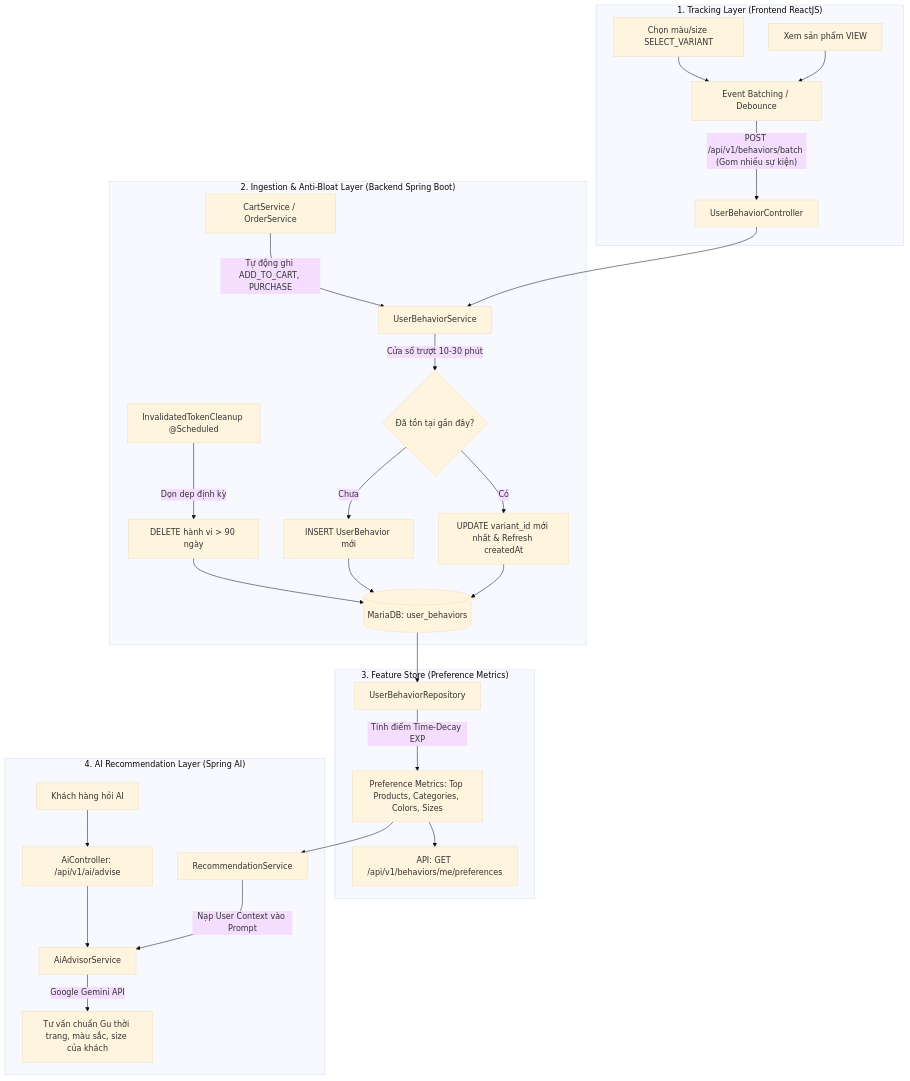
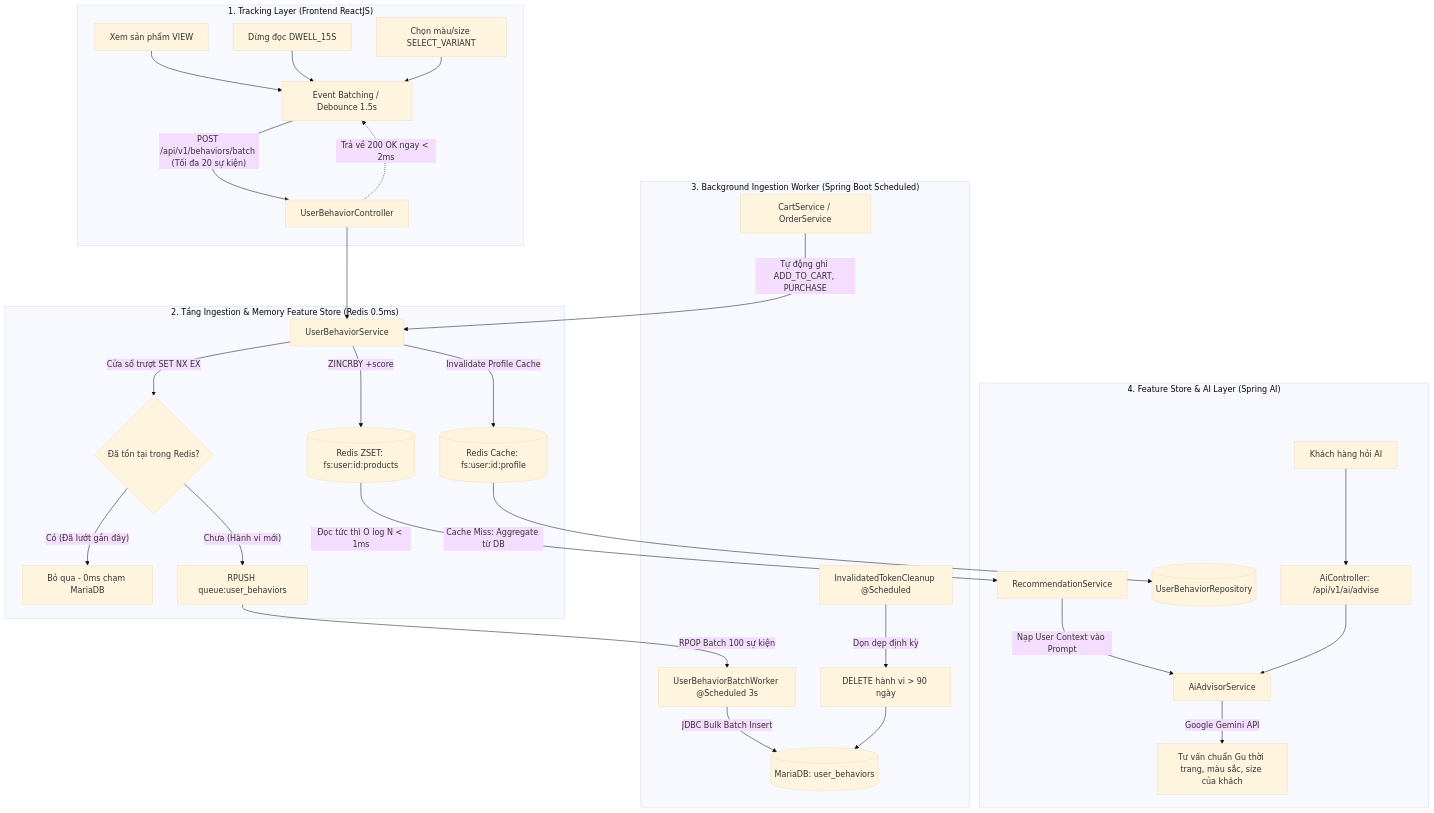
Before and after one commit to TranDinhSi1401/fashion-website-frontend: the diagram in docs/USER_BEHAVIOR_FEATURE_STORE.md, drawn with Mermaid (base theme). The commit also changed other lines of this file and 20 other files, not shown here.

````diff
--- a/docs/USER_BEHAVIOR_FEATURE_STORE.md
+++ b/docs/USER_BEHAVIOR_FEATURE_STORE.md
@@ -9,34 +10,36 @@
 ```mermaid
 flowchart TD
     subgraph Client ["1. Tracking Layer (Frontend ReactJS)"]
-        A1[Xem sản phẩm VIEW] --> B[Event Batching / Debounce]
-        A2[Chọn màu/size SELECT_VARIANT] --> B
-        B -- "POST /api/v1/behaviors/batch (Gom nhiều sự kiện)" --> C[UserBehaviorController]
+        A1[Xem sản phẩm VIEW] --> B[Event Batching / Debounce 1.5s]
+        A2[Dừng đọc DWELL_15S] --> B
+        A3[Chọn màu/size SELECT_VARIANT] --> B
+        B -- "POST /api/v1/behaviors/batch (Tối đa 20 sự kiện)" --> C[UserBehaviorController]
     end
 
-    subgraph Ingestion ["2. Ingestion & Anti-Bloat Layer (Backend Spring Boot)"]
+    subgraph RedisLayer ["2. Tầng Ingestion & Memory Feature Store (Redis 0.5ms)"]
         C --> D[UserBehaviorService]
-        D -->|Cửa sổ trượt 10-30 phút| E{Đã tồn tại gần đây?}
-        E -- "Có" --> F[UPDATE variant_id mới nhất & Refresh createdAt]
-        E -- "Chưa" --> G[INSERT UserBehavior mới]
-        F --> H[(MariaDB: user_behaviors)]
-        G --> H
+        D -->|Cửa sổ trượt SET NX EX| E{Đã tồn tại trong Redis?}
+        E -- "Có (Đã lướt gần đây)" --> DISCARD[Bỏ qua - 0ms chạm MariaDB]
+        E -- "Chưa (Hành vi mới)" --> F[RPUSH queue:user_behaviors]
+        D -->|ZINCRBY +score| FS_PROD[(Redis ZSET: fs:user:id:products)]
+        D -->|Invalidate Profile Cache| FS_CACHE[(Redis Cache: fs:user:id:profile)]
+        C -.->|Trả về 200 OK ngay < 2ms| B
+    end
+
+    subgraph Worker ["3. Background Ingestion Worker (Spring Boot Scheduled)"]
+        F -->|RPOP Batch 100 sự kiện| BW[UserBehaviorBatchWorker @Scheduled 3s]
+        BW -->|JDBC Bulk Batch Insert| H[(MariaDB: user_behaviors)]
         K[CartService / OrderService] -->|Tự động ghi ADD_TO_CART, PURCHASE| D
         CRON[InvalidatedTokenCleanup @Scheduled] -->|Dọn dẹp định kỳ| I[DELETE hành vi > 90 ngày]
         I --> H
     end
 
-    subgraph FeatureStore ["3. Feature Store (Preference Metrics)"]
-        H --> J[UserBehaviorRepository]
-        J -->|Tính điểm Time-Decay EXP| L[Preference Metrics: Top Products, Categories, Colors, Sizes]
-        L --> M[API: GET /api/v1/behaviors/me/preferences]
-    end
-
-    subgraph SpringAI ["4. AI Recommendation Layer (Spring AI)"]
-        L --> N[RecommendationService]
+    subgraph FeatureStore ["4. Feature Store & AI Layer (Spring AI)"]
+        FS_PROD -->|Đọc tức thì O log N < 1ms| N[RecommendationService]
+        FS_CACHE -->|Cache Miss: Aggregate từ DB| DB_REPO[(UserBehaviorRepository)]
         N -->|Nạp User Context vào Prompt| O[AiAdvisorService]
         P[Khách hàng hỏi AI] --> Q[AiController: /api/v1/ai/advise]
         Q --> O
         O -->|Google Gemini API| R[Tư vấn chuẩn Gu thời trang, màu sắc, size của khách]
     end
 ```
````
